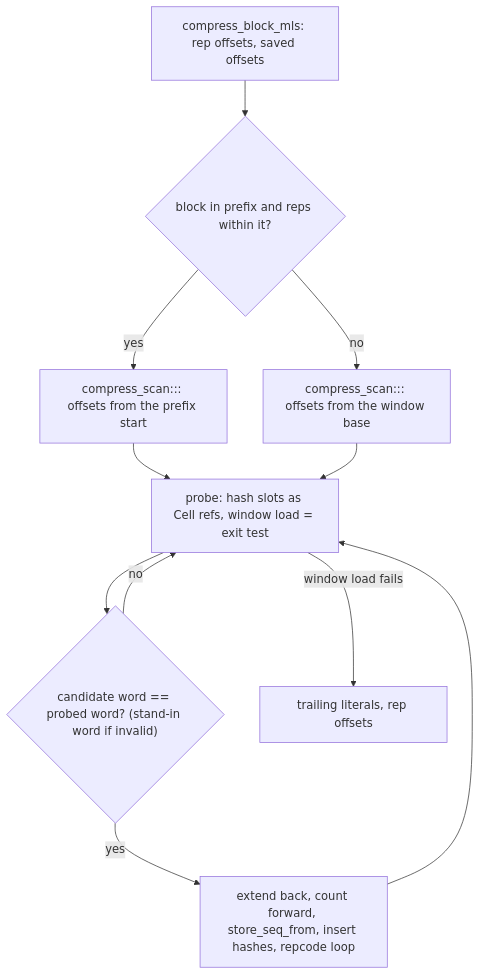
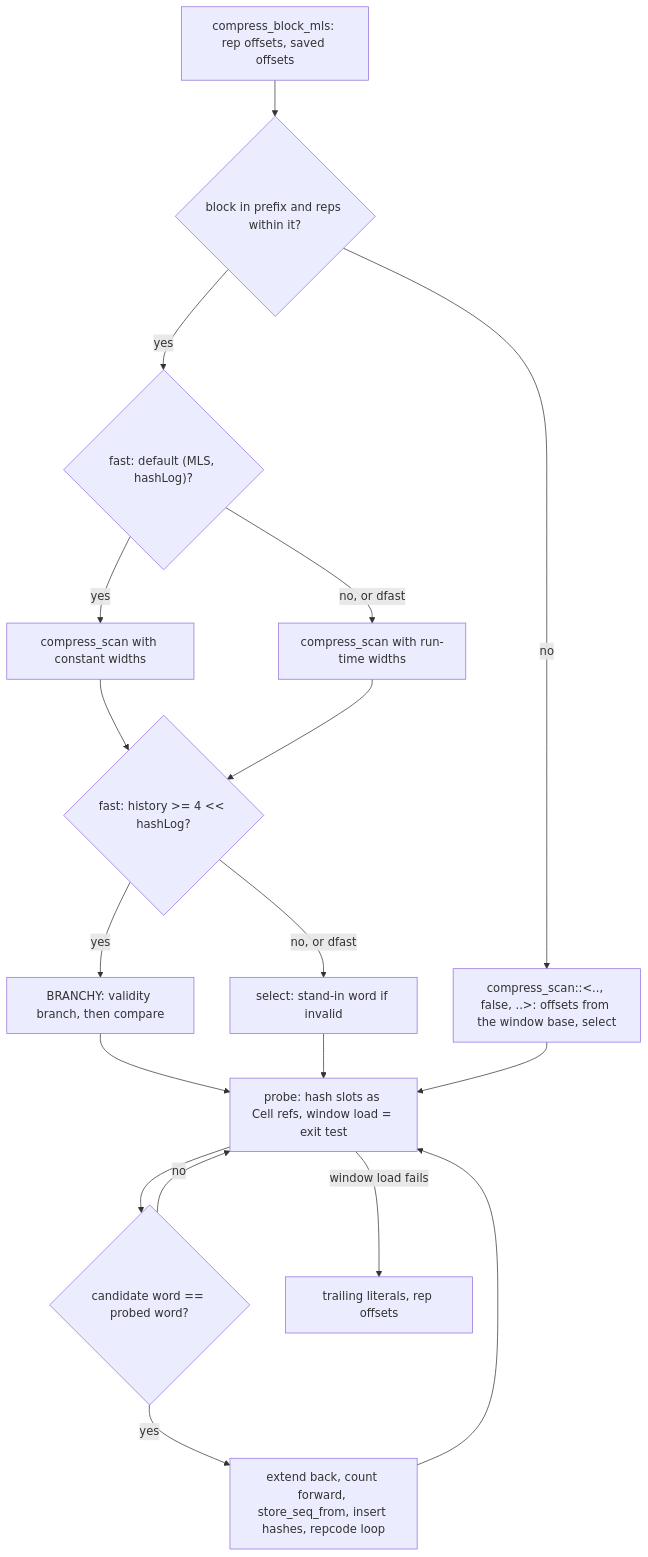
One commit to M-Compressors/mzstd changed the ninth of 14 diagrams in architecture/encoder-core.md. Above: the diagram before and after it, drawn with Mermaid. The commit also changed other lines of this file and 321 other files, not shown here.

````diff
--- a/architecture/encoder-core.md
+++ b/architecture/encoder-core.md
@@ -394,13 +413,20 @@
 ```mermaid
 flowchart TD
     A[compress_block_mls: rep offsets, saved offsets] --> B{block in prefix and reps within it?}
-    B -- yes --> C["compress_scan::<S, MLS, true>: offsets from the prefix start"]
-    B -- no --> D["compress_scan::<S, MLS, false>: offsets from the window base"]
-    C --> E[probe: hash slots as Cell refs, window load = exit test]
+    B -- yes --> W{"fast: default (MLS, hashLog)?"}
+    W -- yes --> CW["compress_scan with constant widths"]
+    W -- "no, or dfast" --> CR["compress_scan with run-time widths"]
+    CW --> Y{"fast: history >= 4 << hashLog?"}
+    CR --> Y
+    Y -- yes --> C1["BRANCHY: validity branch, then compare"]
+    Y -- "no, or dfast" --> C2["select: stand-in word if invalid"]
+    B -- no --> D["compress_scan::<.., false, ..>: offsets from the window base, select"]
+    C1 --> E[probe: hash slots as Cell refs, window load = exit test]
+    C2 --> E
     D --> E
-    E --> F{"candidate word == probed word? (stand-in word if invalid)"}
+    E --> F{"candidate word == probed word?"}
     F -- no --> E
     F -- yes --> G[extend back, count forward, store_seq_from, insert hashes, repcode loop]
     G --> E
     E -- window load fails --> H[trailing literals, rep offsets]
 ```
````
